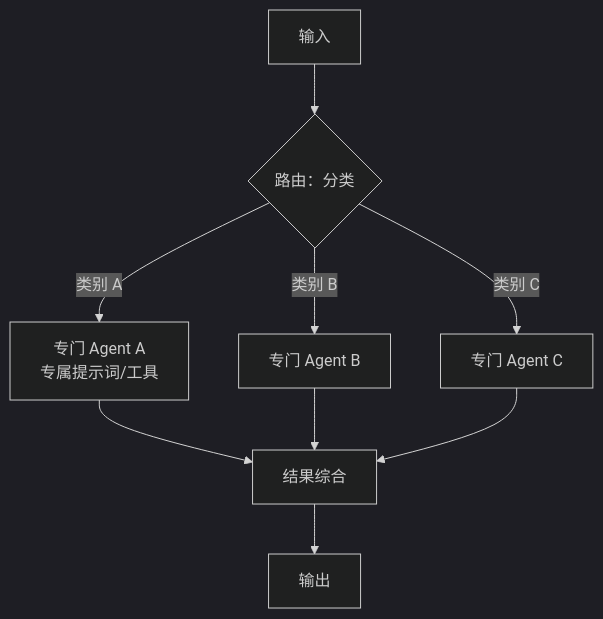
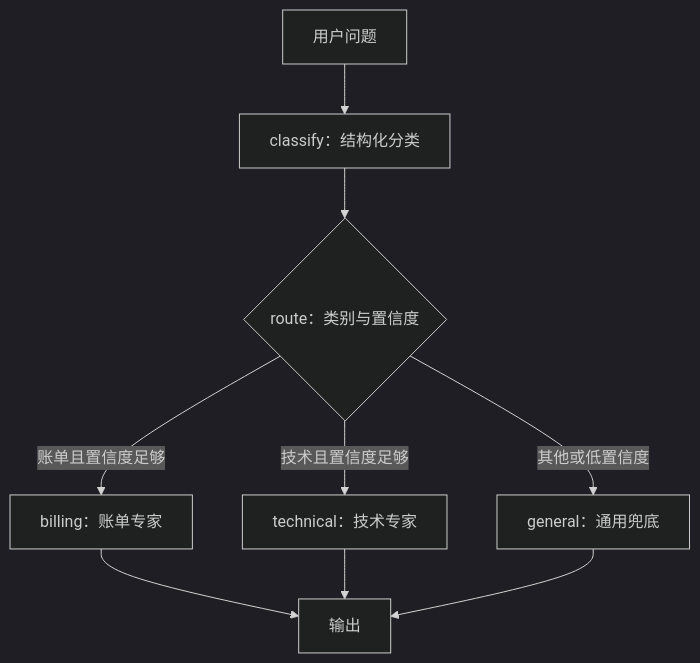
The second of 8 diagrams in 04.Agent开发/05.multiAgent/01.多智能体系统设计.md (AI-Redfish/Agent), drawn with Mermaid (dark theme) before and after one commit. The commit also changed other lines of this file and 12 other files, not shown here.

````diff
--- a/04.Agent开发/05.multiAgent/01.多智能体系统设计.md
+++ b/04.Agent开发/05.multiAgent/01.多智能体系统设计.md
@@ -81,11 +128,11 @@
 ```mermaid
 flowchart TD
-    IN["输入"] --> RT{"路由：分类"}
-    RT -->|"类别 A"| A["专门 Agent A<br/>专属提示词/工具"]
-    RT -->|"类别 B"| B["专门 Agent B"]
-    RT -->|"类别 C"| C["专门 Agent C"]
-    A --> AGG["结果综合"]
-    B --> AGG
-    C --> AGG
-    AGG --> OUT["输出"]
+    IN["用户问题"] --> C["classify：结构化分类"]
+    C --> R{"route：类别与置信度"}
+    R -->|"账单且置信度足够"| B["billing：账单专家"]
+    R -->|"技术且置信度足够"| T["technical：技术专家"]
+    R -->|"其他或低置信度"| G["general：通用兜底"]
+    B --> OUT["输出"]
+    T --> OUT
+    G --> OUT
 ```
````
